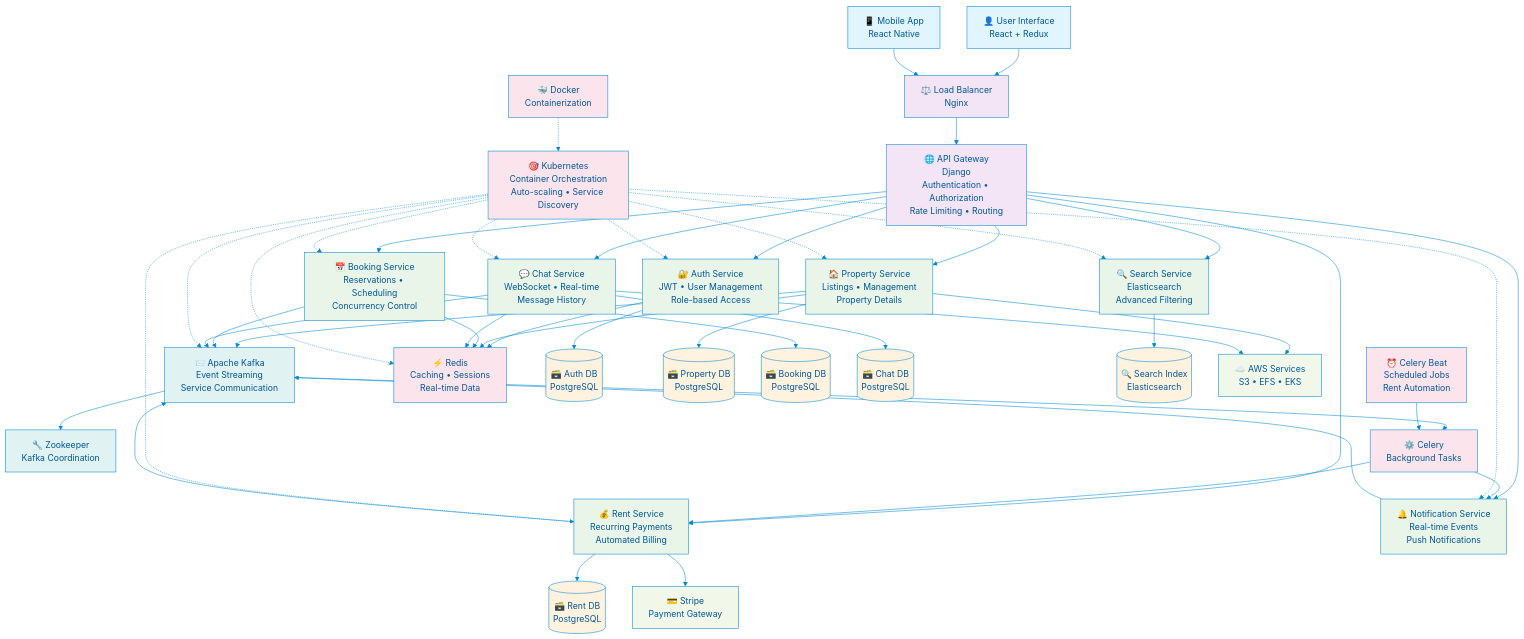
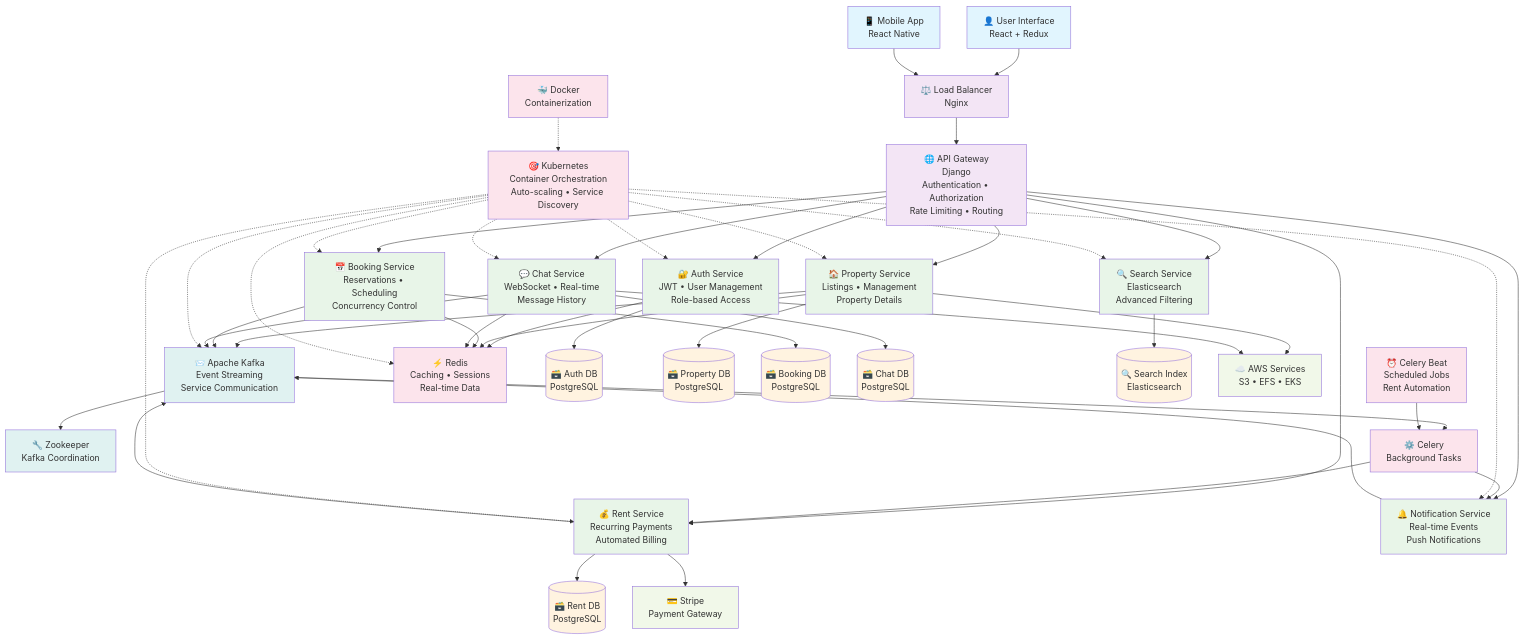
One commit to AdilAbubacker/rentezy_backend changed the diagram in README.md. Above: the diagram before and after it, drawn with Mermaid. The commit also changed other lines of this file, not shown here.

````diff
--- a/README.md
+++ b/README.md
@@ -28,19 +34,4 @@
 ```mermaid
-%%{init: {
-  'theme': 'base',
-  'themeVariables': {
-    'primaryColor': '#e1f5fe',
-    'primaryTextColor': '#01579b',
-    'primaryBorderColor': '#0288d1',
-    'lineColor': '#0288d1',
-    'secondaryColor': '#b3e5fc',
-    'tertiaryColor': '#fff',
-    'background': '#f5f5f5',
-    'mainBkg': '#e1f5fe',
-    'secondBkg': '#b3e5fc',
-    'tertiaryBkg': '#ffffff'
-  }
-}}%%
 
 graph TB
     %% User Layer
````
